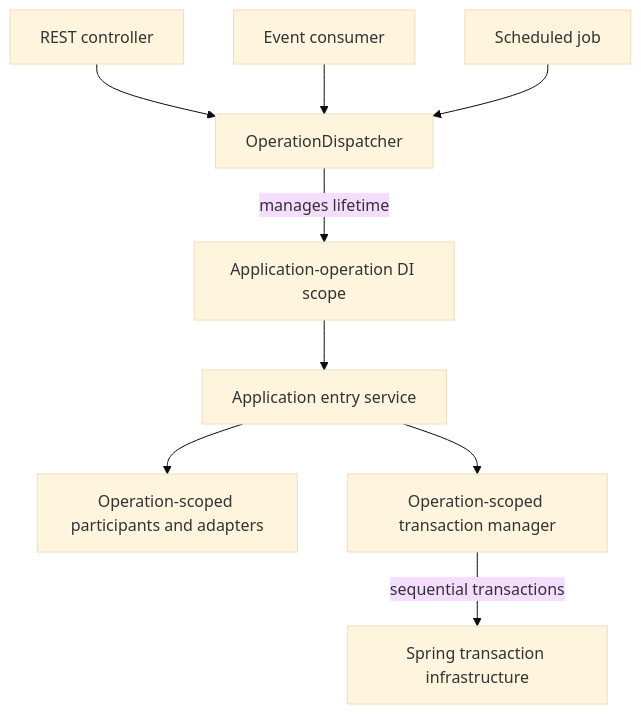
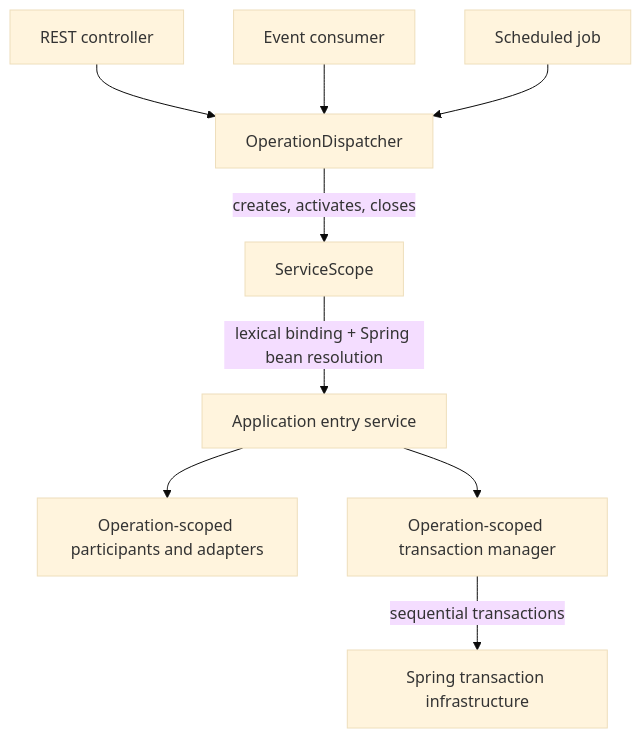
The diagram in docs/stack/dependency-injection.md (frederik-hoeft/min-favs-sharewise), drawn with Mermaid (base theme) before and after one commit. The commit also changed other lines of this file and 6 other files, not shown here.

````diff
--- a/docs/stack/dependency-injection.md
+++ b/docs/stack/dependency-injection.md
@@ -7,11 +7,11 @@
 ```mermaid
 flowchart TB
     rest[REST controller] --> dispatcher[OperationDispatcher]
     event[Event consumer] --> dispatcher
     job[Scheduled job] --> dispatcher
-    dispatcher -->|"manages lifetime"| scope[Application-operation DI scope]
-    scope --> service[Application entry service]
+    dispatcher -->|"creates, activates, closes"| scope[ServiceScope]
+    scope -->|"lexical binding + Spring bean resolution"| service[Application entry service]
     service --> participants[Operation-scoped participants and adapters]
     service --> transactions[Operation-scoped transaction manager]
     transactions -->|sequential transactions| spring[Spring transaction infrastructure]
 ```
````
